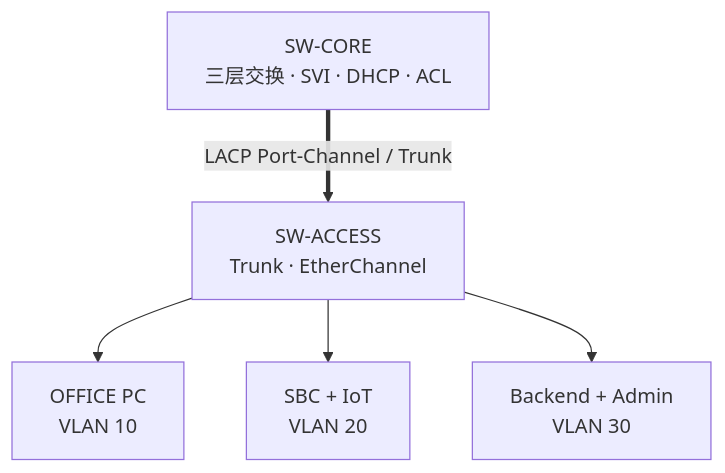
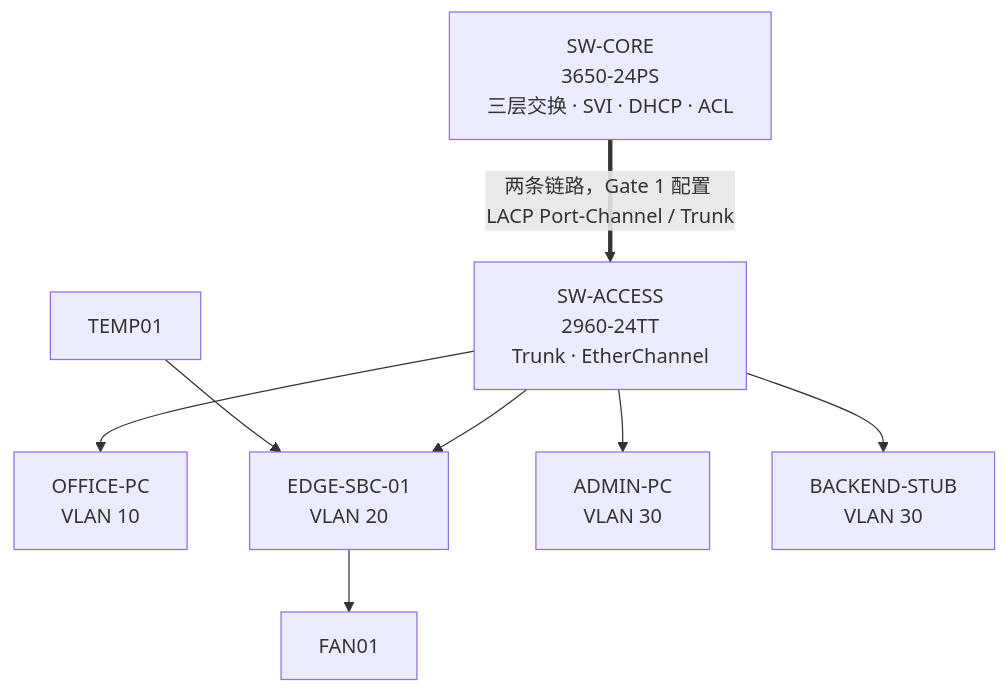
Before and after one commit to shenziad/edgecampus: the diagram in docs/NETWORK_PLAN.md, drawn with Mermaid. The commit also changed other lines of this file, not shown here.

Commit message:
docs(network): freeze Gate 0 topology and control channel

````diff
--- a/docs/NETWORK_PLAN.md
+++ b/docs/NETWORK_PLAN.md
@@ -15,12 +26,18 @@
 ```mermaid
 flowchart TB
-    C["SW-CORE<br/>三层交换 · SVI · DHCP · ACL"]
-    A["SW-ACCESS<br/>Trunk · EtherChannel"]
-    O["OFFICE PC<br/>VLAN 10"]
-    I["SBC + IoT<br/>VLAN 20"]
-    M["Backend + Admin<br/>VLAN 30"]
-    C == "LACP Port-Channel / Trunk" ==> A
+    C["SW-CORE<br/>3650-24PS<br/>三层交换 · SVI · DHCP · ACL"]
+    A["SW-ACCESS<br/>2960-24TT<br/>Trunk · EtherChannel"]
+    O["OFFICE-PC<br/>VLAN 10"]
+    I["EDGE-SBC-01<br/>VLAN 20"]
+    M1["ADMIN-PC<br/>VLAN 30"]
+    M2["BACKEND-STUB<br/>VLAN 30"]
+    T["TEMP01"]
+    F["FAN01"]
+    C == "两条链路，Gate 1 配置 LACP Port-Channel / Trunk" ==> A
     A --> O
     A --> I
-    A --> M
+    A --> M1
+    A --> M2
+    T --> I
+    I --> F
 ```
````
